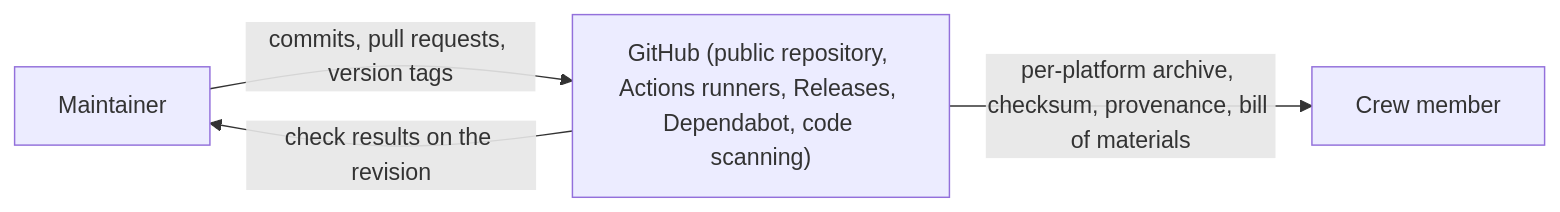
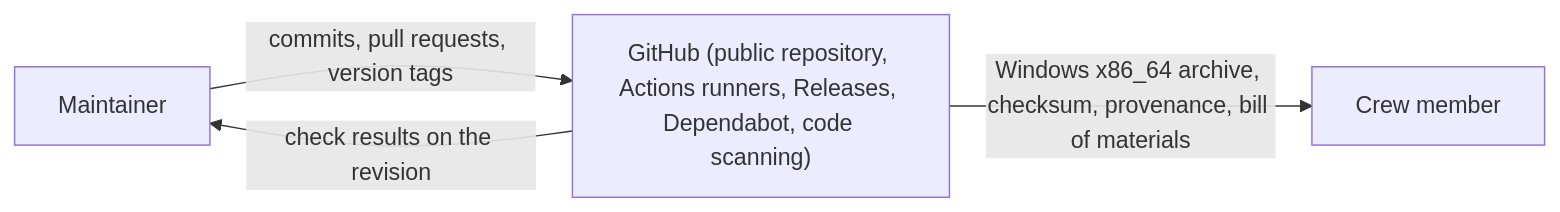
One commit to duty2cal/duty2cal changed the second of 3 diagrams in docs/arc42/03-context-and-scope.md. Above: the diagram before and after it, drawn with Mermaid. The commit also changed other lines of this file and 14 other files, not shown here.

First line of the commit message:
feat(publish-public-release): Offer one downloadable archive for Windows, the only platform the project distributes.

````diff
--- a/docs/arc42/03-context-and-scope.md
+++ b/docs/arc42/03-context-and-scope.md
@@ -24,6 +24,6 @@
 ```mermaid
 flowchart LR
   maint["Maintainer"] -->|"commits, pull requests, version tags"| gh["GitHub (public repository, Actions runners, Releases, Dependabot, code scanning)"]
   gh -->|"check results on the revision"| maint
-  gh -->|"per-platform archive, checksum, provenance, bill of materials"| dl["Crew member"]
+  gh -->|"Windows x86_64 archive, checksum, provenance, bill of materials"| dl["Crew member"]
 ```
````
